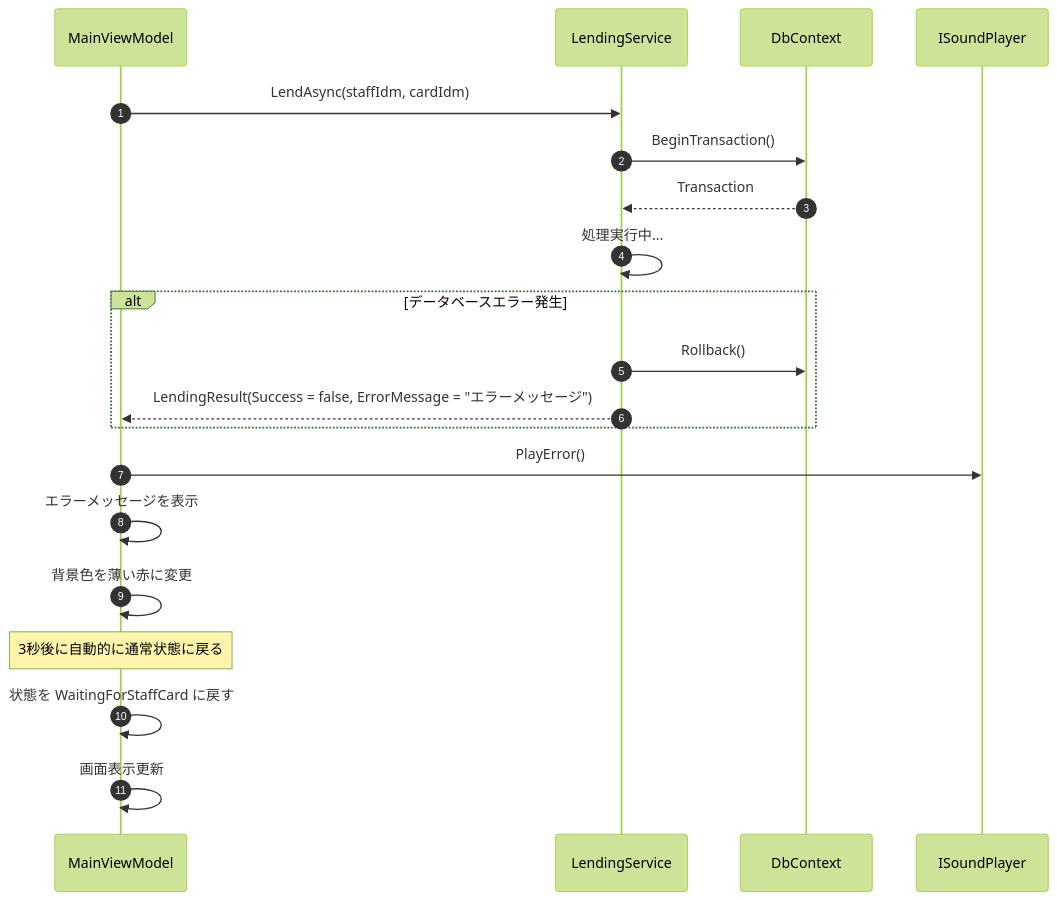
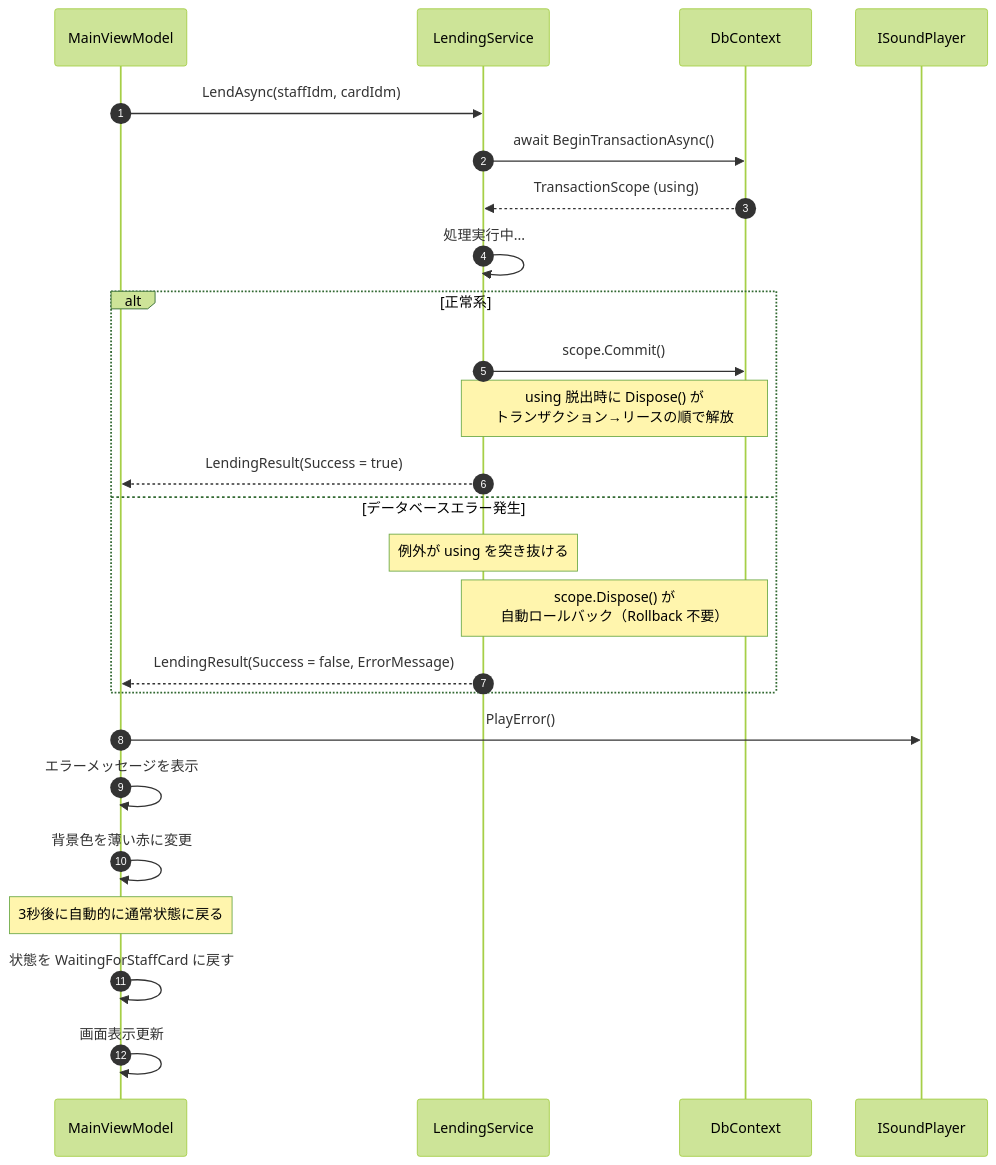
One commit to kuwayamamasayuki/ICCardManager changed the eighth of 14 diagrams in ICCardManager/docs/design/06_シーケンス図.md. Above: the diagram before and after it, drawn with Mermaid (forest theme). The commit also changed other lines of this file, not shown here.

First line of the commit message:
docs: 06_シーケンス図を非同期/TransactionScope 対応に刷新 (#1245)

````diff
--- a/ICCardManager/docs/design/06_シーケンス図.md
+++ b/ICCardManager/docs/design/06_シーケンス図.md
@@ -428,29 +448,34 @@
 ```mermaid
 sequenceDiagram
     autonumber
     participant VM as MainViewModel
     participant LS as LendingService
     participant DB as DbContext
     participant Sound as ISoundPlayer
 
     VM->>LS: LendAsync(staffIdm, cardIdm)
 
-    LS->>DB: BeginTransaction()
-    DB-->>LS: Transaction
+    LS->>DB: await BeginTransactionAsync()
+    DB-->>LS: TransactionScope (using)
 
     LS->>LS: 処理実行中...
 
-    alt データベースエラー発生
-        LS->>DB: Rollback()
-        LS-->>VM: LendingResult(Success = false, ErrorMessage = "エラーメッセージ")
+    alt 正常系
+        LS->>DB: scope.Commit()
+        Note over LS,DB: using 脱出時に Dispose() が<br/>トランザクション→リースの順で解放
+        LS-->>VM: LendingResult(Success = true)
+    else データベースエラー発生
+        Note over LS: 例外が using を突き抜ける
+        Note over LS,DB: scope.Dispose() が<br/>自動ロールバック（Rollback 不要）
+        LS-->>VM: LendingResult(Success = false, ErrorMessage)
     end
 
     VM->>Sound: PlayError()
     VM->>VM: エラーメッセージを表示
     VM->>VM: 背景色を薄い赤に変更
 
     Note over VM: 3秒後に自動的に通常状態に戻る
 
     VM->>VM: 状態を WaitingForStaffCard に戻す
     VM->>VM: 画面表示更新
 ```
````
